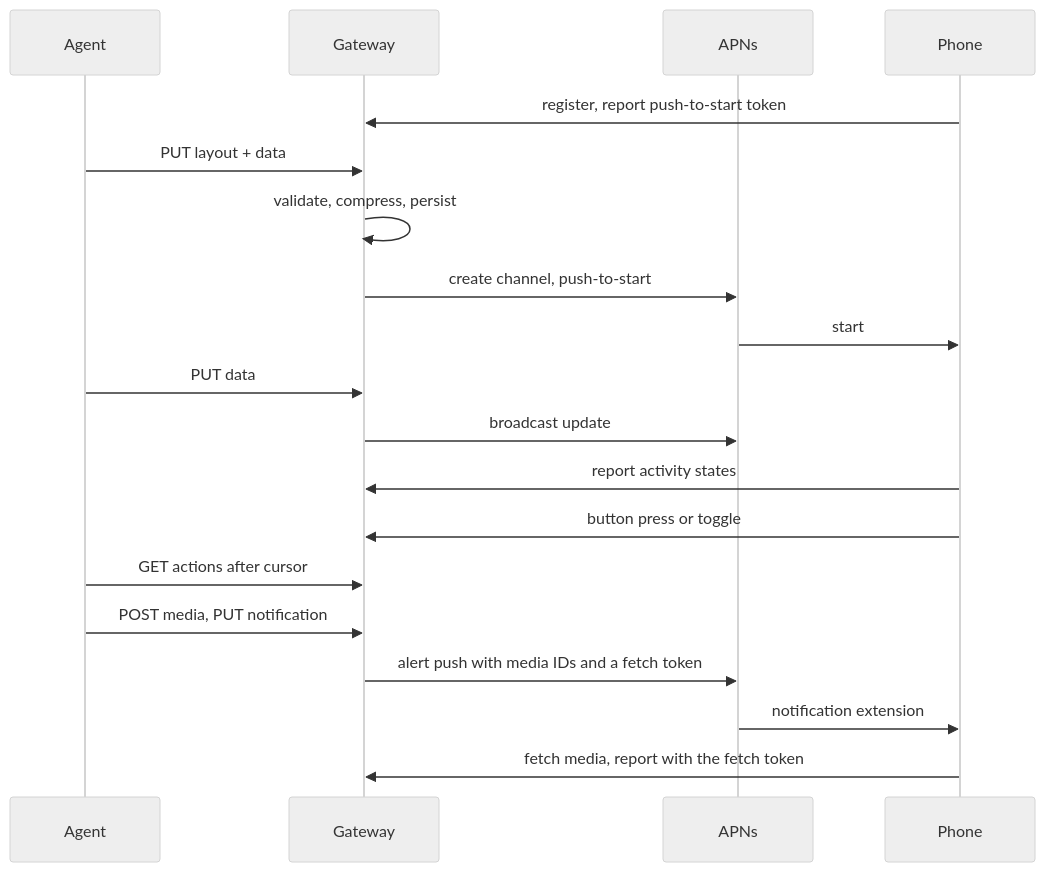
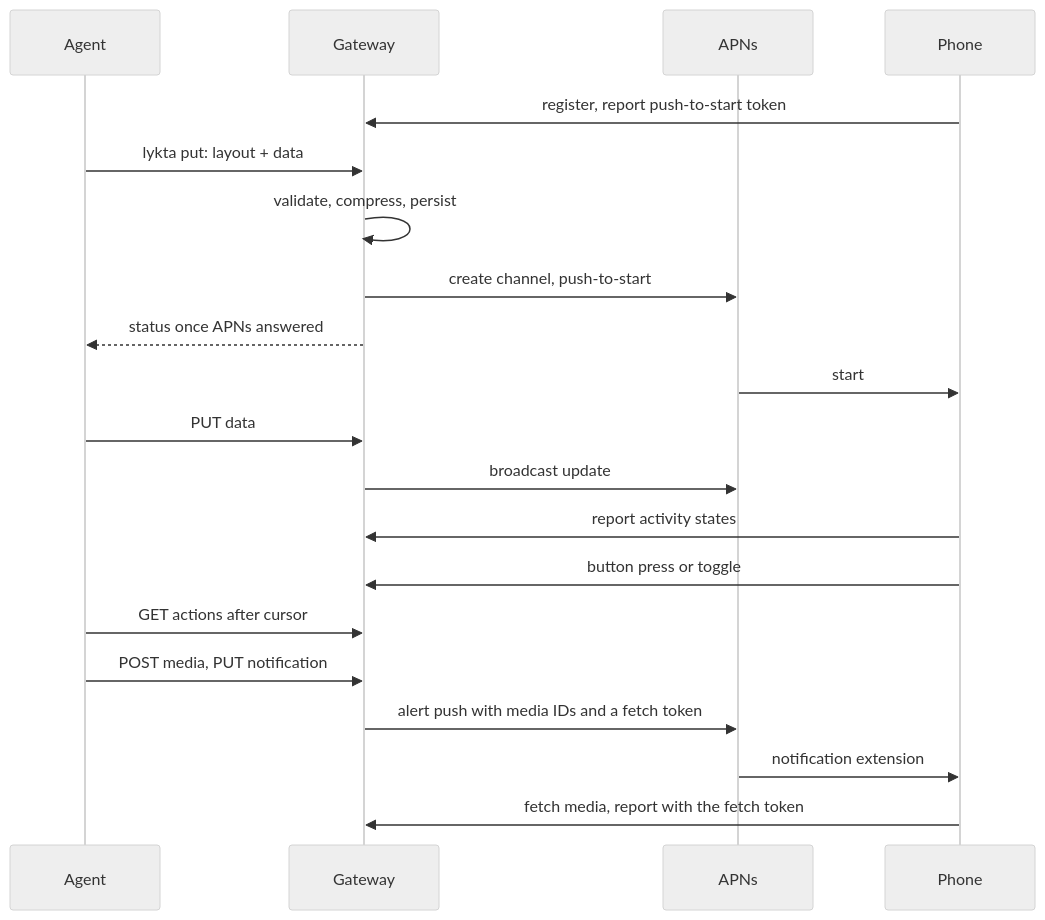
The diagram in docs/architecture.md (emileberhard/Lykta), drawn with Mermaid (neutral theme) before and after one commit. The commit also changed other lines of this file and 20 other files, not shown here.

````diff
--- a/docs/architecture.md
+++ b/docs/architecture.md
@@ -19,21 +22,22 @@
 ```mermaid
 sequenceDiagram
     participant Agent
     participant Gateway
     participant APNs
     participant Phone
     Phone->>Gateway: register, report push-to-start token
-    Agent->>Gateway: PUT layout + data
+    Agent->>Gateway: lykta put: layout + data
     Gateway->>Gateway: validate, compress, persist
     Gateway->>APNs: create channel, push-to-start
+    Gateway-->>Agent: status once APNs answered
     APNs->>Phone: start
     Agent->>Gateway: PUT data
     Gateway->>APNs: broadcast update
     Phone->>Gateway: report activity states
     Phone->>Gateway: button press or toggle
     Agent->>Gateway: GET actions after cursor
     Agent->>Gateway: POST media, PUT notification
     Gateway->>APNs: alert push with media IDs and a fetch token
     APNs->>Phone: notification extension
     Phone->>Gateway: fetch media, report with the fetch token
 ```
````
